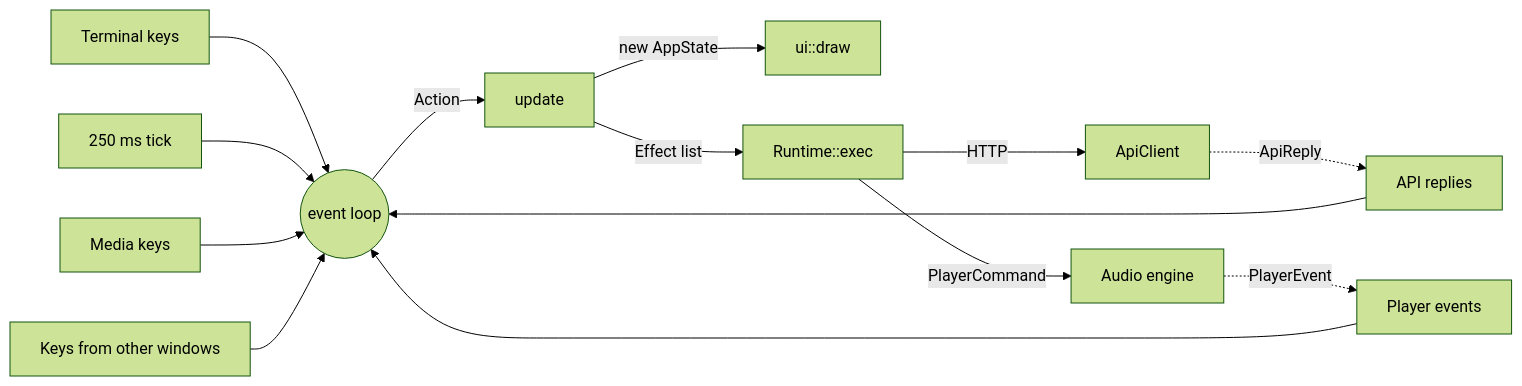
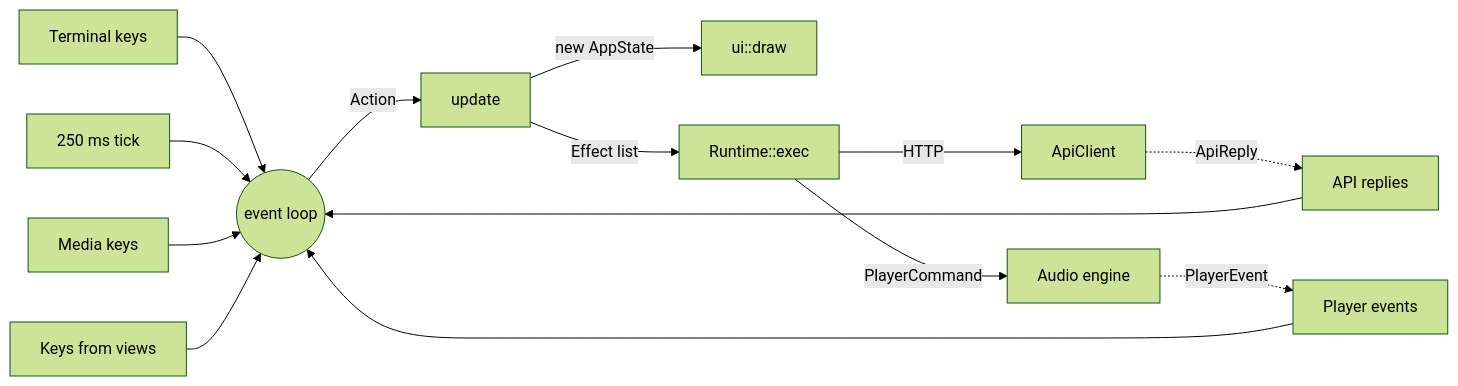
One commit to dynamotn/brainfm-tui changed the first of 2 diagrams in docs/architecture.md. Above: the diagram before and after it, drawn with Mermaid (forest theme). The commit also changed other lines of this file and 2 other files, not shown here.

````diff
--- a/docs/architecture.md
+++ b/docs/architecture.md
@@ -31,16 +31,16 @@
 ```mermaid
 flowchart LR
     term[Terminal keys] --> loop
     tick[250 ms tick] --> loop
     eng[Player events] --> loop
     api[API replies] --> loop
     keys[Media keys] --> loop
-    views[Keys from other windows] --> loop
+    views[Keys from views] --> loop
     loop((event loop)) -->|Action| update[update]
     update -->|new AppState| draw[ui::draw]
     update -->|Effect list| exec[Runtime::exec]
     exec -->|HTTP| apicall[ApiClient]
     exec -->|PlayerCommand| player[Audio engine]
     apicall -.->|ApiReply| api
     player -.->|PlayerEvent| eng
 ```
````
